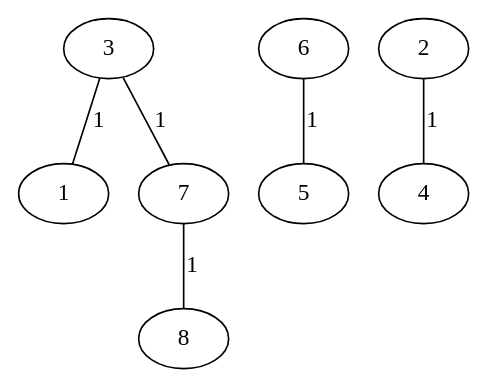
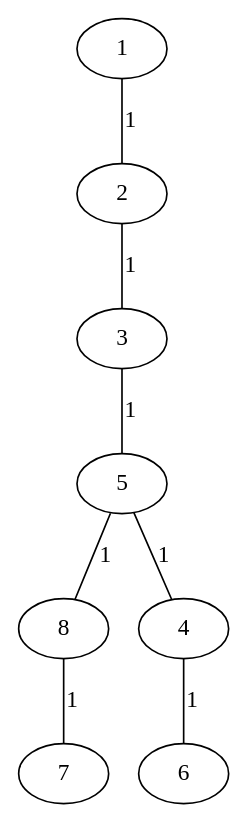
The diagram in grafos-lista-v2/grafo_dfs.dot (edneif/prg), drawn with Graphviz before and after one commit. The commit also changed 24 other files, not shown here.

```diff
--- a/grafos-lista-v2/grafo_dfs.dot
+++ b/grafos-lista-v2/grafo_dfs.dot
@@ -1,7 +1,9 @@
 graph {
-	3 -- 1 [label = 1];
-	3 -- 7 [label = 1];
-	7 -- 8 [label = 1];
-	6 -- 5 [label = 1];
-	2 -- 4 [label = 1];
+	1 -- 2 [label = 1];
+	2 -- 3 [label = 1];
+	3 -- 5 [label = 1];
+	5 -- 8 [label = 1];
+	5 -- 4 [label = 1];
+	8 -- 7 [label = 1];
+	4 -- 6 [label = 1];
 }
```
